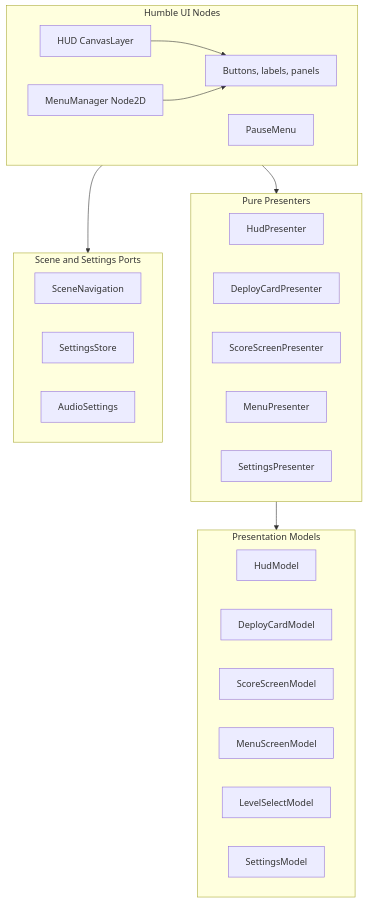
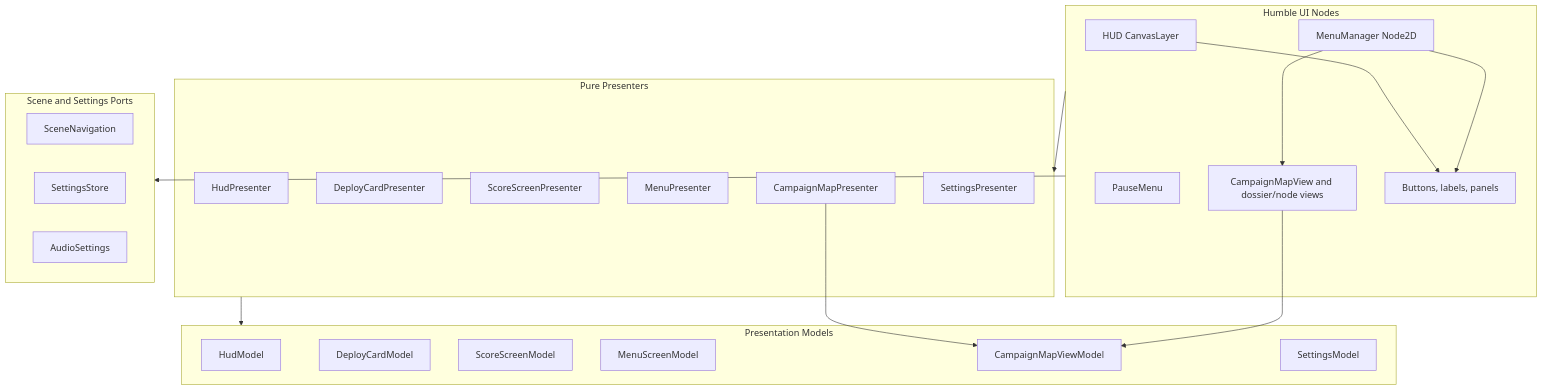
One commit to e-soul/defn changed the seventh of 9 diagrams in ARCH.md. Above: the diagram before and after it, drawn with Mermaid. The commit also changed other lines of this file and 39 other files, not shown here.

Commit message:
Create a campaign map.

````diff
--- a/ARCH.md
+++ b/ARCH.md
@@ -369,38 +373,43 @@
 ```mermaid
 flowchart TB
     subgraph PresentationModels[Presentation Models]
         HudModel[HudModel]
         DeployCardModel[DeployCardModel]
         ScoreScreenModel[ScoreScreenModel]
         MenuScreenModel[MenuScreenModel]
-        LevelSelectModel[LevelSelectModel]
+        CampaignMapModel[CampaignMapViewModel]
         SettingsModel[SettingsModel]
     end
 
     subgraph Presenters[Pure Presenters]
         HudPresenter[HudPresenter]
         DeployCardPresenter[DeployCardPresenter]
         ScorePresenter[ScoreScreenPresenter]
         MenuPresenter[MenuPresenter]
+        CampaignMapPresenter[CampaignMapPresenter]
         SettingsPresenter[SettingsPresenter]
     end
 
     subgraph UiAdapters[Humble UI Nodes]
         HUD[HUD CanvasLayer]
         MenuManager[MenuManager Node2D]
         PauseMenu[PauseMenu]
+        CampaignMapView[CampaignMapView and dossier/node views]
         GodotControls[Buttons, labels, panels]
     end
 
     subgraph ScenePorts[Scene and Settings Ports]
         SceneNavigationPort[SceneNavigation]
         SettingsPort[SettingsStore]
         AudioSettingsPort[AudioSettings]
     end
 
     Presenters --> PresentationModels
     UiAdapters --> Presenters
     UiAdapters --> ScenePorts
     HUD --> GodotControls
     MenuManager --> GodotControls
+    CampaignMapPresenter --> CampaignMapModel
+    CampaignMapView --> CampaignMapModel
+    MenuManager --> CampaignMapView
 ```
````
